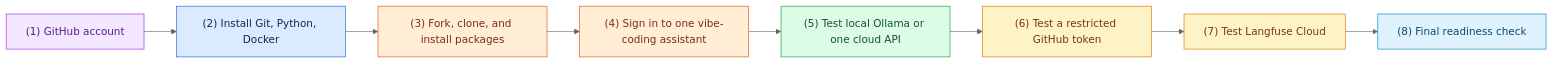
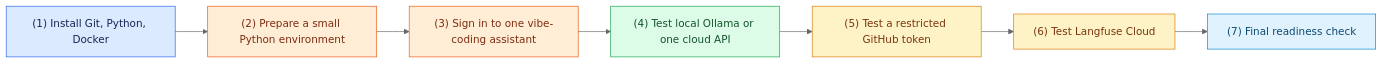
The diagram in docs/pre-lab-setup.md (ForgettaAnthony/coding-agent-lab), drawn with Mermaid (neutral theme) before and after one commit. The commit also changed other lines of this file, not shown here.

Commit message:
docs: simplify pre-lab setup

````diff
--- a/docs/pre-lab-setup.md
+++ b/docs/pre-lab-setup.md
@@ -37,24 +40,21 @@
 ```mermaid
 flowchart LR
-    account["(1) GitHub account"] --> tools["(2) Install Git, Python, Docker"]
-    tools --> clone["(3) Fork, clone, and install packages"]
-    clone --> vibe["(4) Sign in to one vibe-coding assistant"]
-    vibe --> model["(5) Test local Ollama or one cloud API"]
-    model --> github["(6) Test a restricted GitHub token"]
-    github --> langfuse["(7) Test Langfuse Cloud"]
-    langfuse --> ready["(8) Final readiness check"]
+    tools["(1) Install Git, Python, Docker"] --> python["(2) Prepare a small Python environment"]
+    python --> vibe["(3) Sign in to one vibe-coding assistant"]
+    vibe --> model["(4) Test local Ollama or one cloud API"]
+    model --> github["(5) Test a restricted GitHub token"]
+    github --> langfuse["(6) Test Langfuse Cloud"]
+    langfuse --> ready["(7) Final readiness check"]
 
-    classDef accountBox fill:#f3e8ff,stroke:#9333ea,color:#581c87
     classDef toolBox fill:#dbeafe,stroke:#2563eb,color:#172554
     classDef setupBox fill:#ffedd5,stroke:#ea580c,color:#7c2d12
     classDef modelBox fill:#dcfce7,stroke:#16a34a,color:#14532d
     classDef serviceBox fill:#fef3c7,stroke:#d97706,color:#78350f
     classDef checkBox fill:#e0f2fe,stroke:#0284c7,color:#0c4a6e
 
-    class account accountBox
     class tools toolBox
-    class clone,vibe setupBox
+    class python,vibe setupBox
     class model modelBox
     class github,langfuse serviceBox
     class ready checkBox
 ```
````
